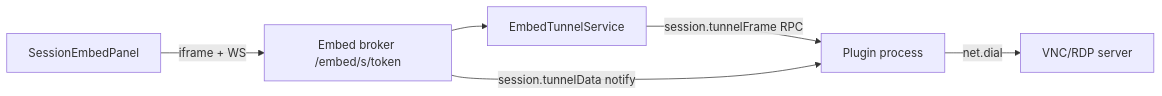
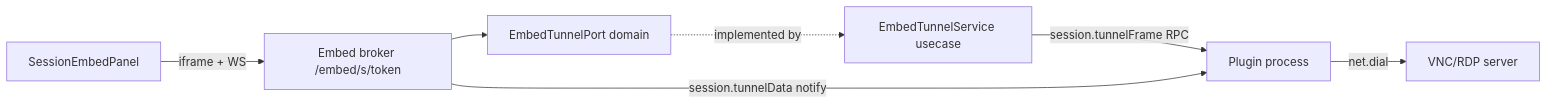
Before and after one commit to teoritty/xQuakShell: the second of 2 diagrams in docs/architecture.md, drawn with Mermaid. The commit also changed other lines of this file and 5 other files, not shown here.

First line of the commit message:
refactor(embed): invert broker dependency via domain.EmbedTunnelPort

````diff
--- a/docs/architecture.md
+++ b/docs/architecture.md
@@ -136,8 +136,9 @@
 ```mermaid
 flowchart LR
   UI[SessionEmbedPanel] -->|iframe + WS| Broker[Embed broker /embed/s/token]
-  Broker --> Tunnels[EmbedTunnelService]
+  Broker --> Port[EmbedTunnelPort domain]
+  Port -.implemented by.-> Tunnels[EmbedTunnelService usecase]
   Tunnels -->|session.tunnelFrame RPC| Plugin[Plugin process]
   Plugin -->|net.dial| Target[VNC/RDP server]
   Broker -->|session.tunnelData notify| Plugin
 ```
````
